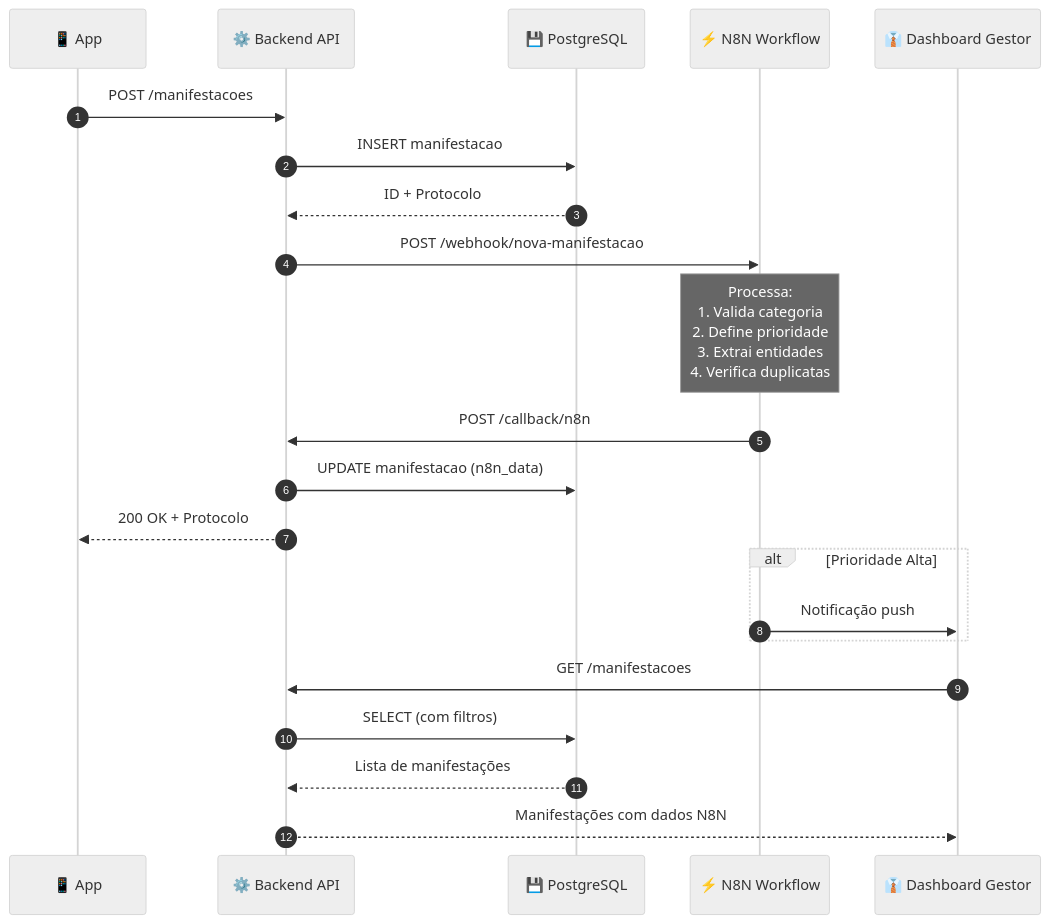
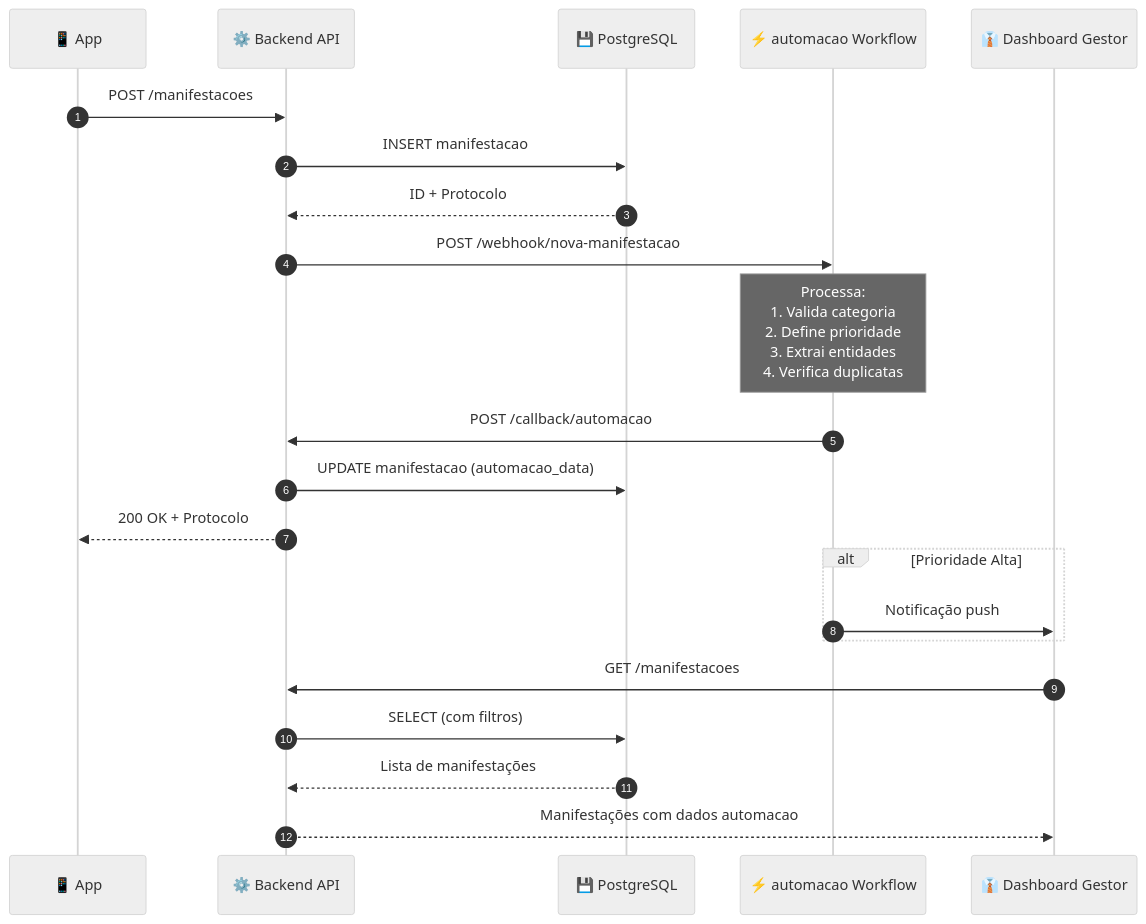
One commit to MTechnologia/camana-na-mao changed diagram 29 of 33 in docs/ESCOPO_E_ARQUITETURA_CAMARA_NA_MAO.md. Above: the diagram before and after it, drawn with Mermaid (neutral theme). The commit also changed other lines of this file and 77 other files, not shown here.

````diff
--- a/docs/ESCOPO_E_ARQUITETURA_CAMARA_NA_MAO.md
+++ b/docs/ESCOPO_E_ARQUITETURA_CAMARA_NA_MAO.md
@@ -2508,27 +2508,27 @@
 ```mermaid
 sequenceDiagram
     autonumber
     participant App as 📱 App
     participant API as ⚙️ Backend API
     participant DB as 💾 PostgreSQL
-    participant N8N as ⚡ N8N Workflow
+    participant automacao as ⚡ automacao Workflow
     participant Gestor as 👔 Dashboard Gestor
 
     App->>API: POST /manifestacoes
     API->>DB: INSERT manifestacao
     DB-->>API: ID + Protocolo
-    API->>N8N: POST /webhook/nova-manifestacao
-    Note over N8N: Processa:<br/>1. Valida categoria<br/>2. Define prioridade<br/>3. Extrai entidades<br/>4. Verifica duplicatas
-    N8N->>API: POST /callback/n8n
-    API->>DB: UPDATE manifestacao (n8n_data)
+    API->>automacao: POST /webhook/nova-manifestacao
+    Note over automacao: Processa:<br/>1. Valida categoria<br/>2. Define prioridade<br/>3. Extrai entidades<br/>4. Verifica duplicatas
+    automacao->>API: POST /callback/automacao
+    API->>DB: UPDATE manifestacao (automacao_data)
     API-->>App: 200 OK + Protocolo
 
     alt Prioridade Alta
-        N8N->>Gestor: Notificação push
+        automacao->>Gestor: Notificação push
     end
 
     Gestor->>API: GET /manifestacoes
     API->>DB: SELECT (com filtros)
     DB-->>API: Lista de manifestações
-    API-->>Gestor: Manifestações com dados N8N
+    API-->>Gestor: Manifestações com dados automacao
 ```
````
